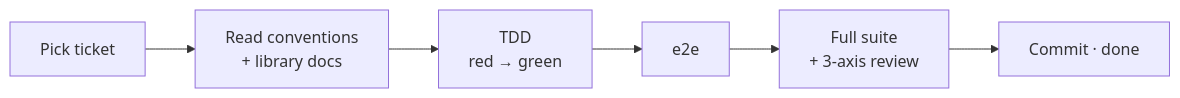
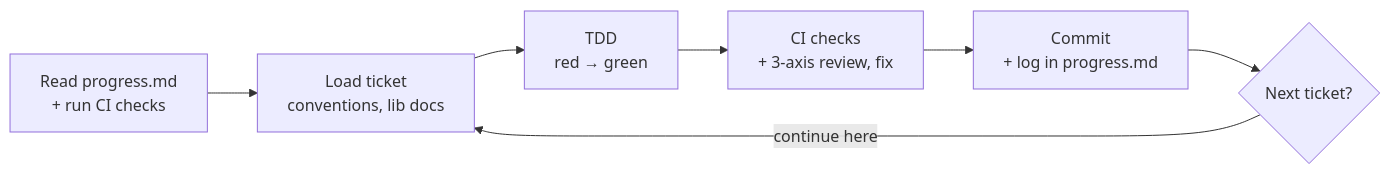
The third of 5 diagrams in docs/flow.md (mousemouse094526/kiki-kit), drawn with Mermaid before and after one commit. The commit also changed other lines of this file and 27 other files, not shown here.

````diff
--- a/docs/flow.md
+++ b/docs/flow.md
@@ -172,11 +78,12 @@
 ```mermaid
 flowchart LR
-    P["Pick ticket"]
-    CX["Read conventions<br/>+ library docs"]
+    P["Read progress.md<br/>+ run CI checks"]
+    L["Load ticket<br/>conventions, lib docs"]
     TDD["TDD<br/>red → green"]
-    E2E["e2e"]
-    RV["Full suite<br/>+ 3-axis review"]
-    CM["Commit · done"]
+    CK["CI checks<br/>+ 3-axis review, fix"]
+    CM["Commit<br/>+ log in progress.md"]
+    Q{"Next ticket?"}
 
-    P --> CX --> TDD --> E2E --> RV --> CM
+    P --> L --> TDD --> CK --> CM --> Q
+    Q -->|continue here| L
 ```
````
